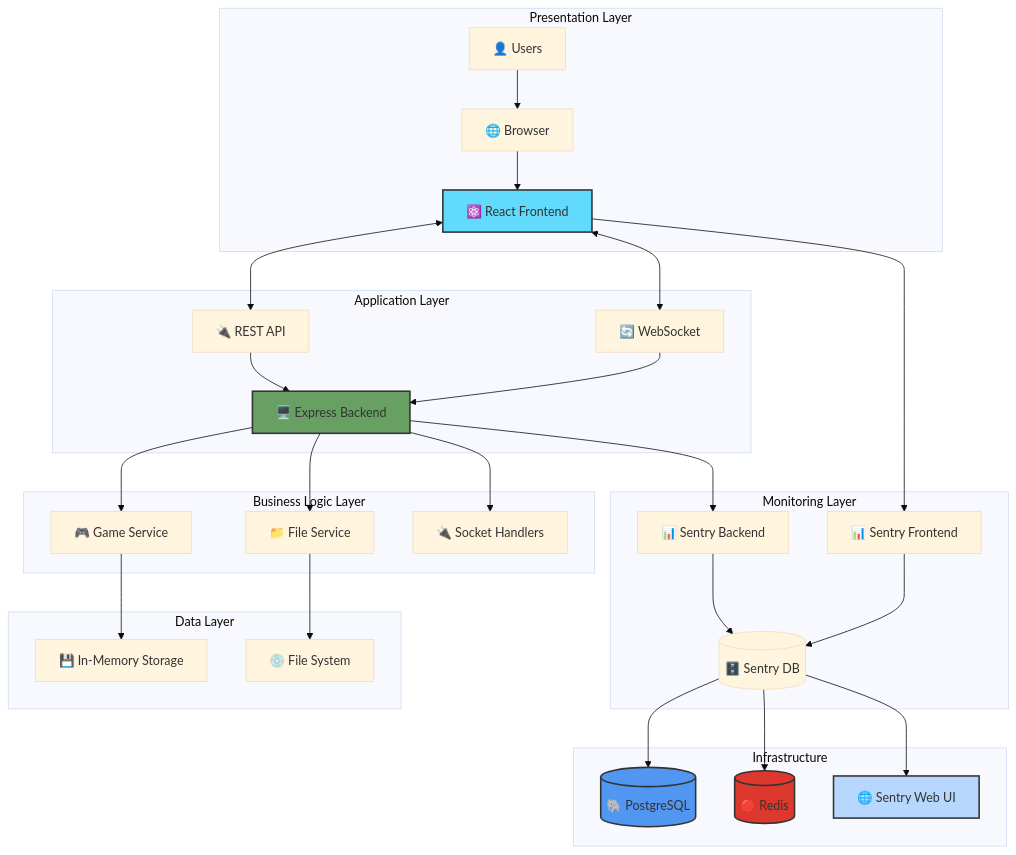
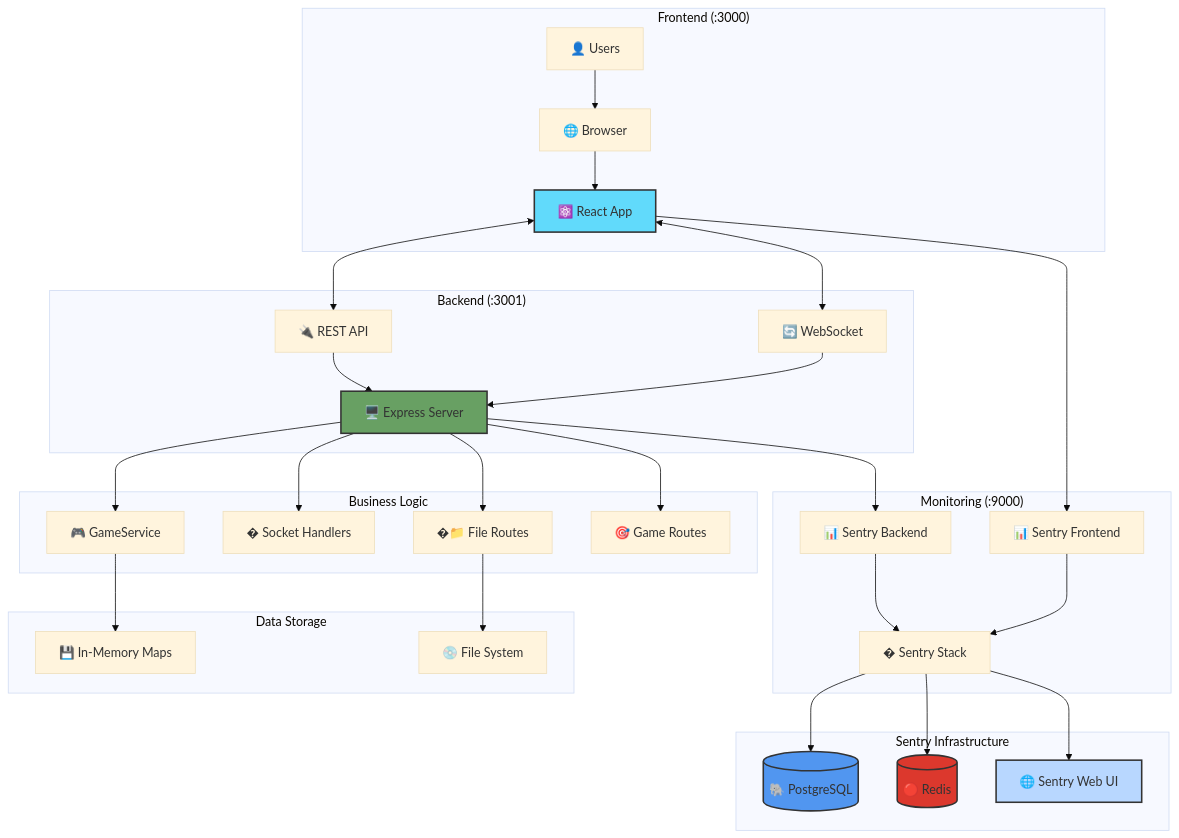
Before and after one commit to bcgov/citz-imb-playground: the first of 8 diagrams in ARCHITECTURE.md, drawn with Mermaid (base theme). The commit also changed other lines of this file and 50 other files, not shown here.

````diff
--- a/ARCHITECTURE.md
+++ b/ARCHITECTURE.md
@@ -6,44 +5,45 @@
 ```mermaid
 graph TB
-    subgraph "Presentation Layer"
+    subgraph "Frontend (:3000)"
         U[👤 Users] --> B[🌐 Browser]
-        B --> F[⚛️ React Frontend]
+        B --> F[⚛️ React App]
     end
     
-    subgraph "Application Layer"
+    subgraph "Backend (:3001)"
         F <--> API[🔌 REST API]
         F <--> WS[🔄 WebSocket]
-        API --> BE[🖥️ Express Backend]
+        API --> BE[🖥️ Express Server]
         WS --> BE
     end
     
-    subgraph "Business Logic Layer"
-        BE --> GS[🎮 Game Service]
-        BE --> FS[📁 File Service]
-        BE --> SH[🔌 Socket Handlers]
+    subgraph "Business Logic"
+        BE --> GS[🎮 GameService]
+        BE --> SH[� Socket Handlers]
+        BE --> FR[�📁 File Routes]
+        BE --> GR[🎯 Game Routes]
     end
     
-    subgraph "Data Layer"
-        GS --> MEM[💾 In-Memory Storage]
-        FS --> DISK[💿 File System]
+    subgraph "Data Storage"
+        GS --> MEM[💾 In-Memory Maps]
+        FR --> DISK[💿 File System]
     end
     
-    subgraph "Monitoring Layer"
+    subgraph "Monitoring (:9000)"
         BE --> SENTRY_BE[📊 Sentry Backend]
         F --> SENTRY_FE[📊 Sentry Frontend]
-        SENTRY_BE --> SENTRY_DB[(🗄️ Sentry DB)]
-        SENTRY_FE --> SENTRY_DB
+        SENTRY_BE --> SENTRY_STACK[� Sentry Stack]
+        SENTRY_FE --> SENTRY_STACK
     end
     
-    subgraph "Infrastructure"
-        SENTRY_DB --> POSTGRES[(🐘 PostgreSQL)]
-        SENTRY_DB --> REDIS[(🔴 Redis)]
-        SENTRY_DB --> SENTRY_WEB[🌐 Sentry Web UI]
+    subgraph "Sentry Infrastructure"
+        SENTRY_STACK --> POSTGRES[(🐘 PostgreSQL)]
+        SENTRY_STACK --> REDIS[(🔴 Redis)]
+        SENTRY_STACK --> SENTRY_WEB[🌐 Sentry Web UI]
     end
 
     style F fill:#61dafb,stroke:#333,stroke-width:2px
     style BE fill:#68a063,stroke:#333,stroke-width:2px
     style SENTRY_WEB fill:#b8d7ff,stroke:#333,stroke-width:2px
     style POSTGRES fill:#5196f0,stroke:#333,stroke-width:2px
     style REDIS fill:#dc382d,stroke:#333,stroke-width:2px
 ```
````
